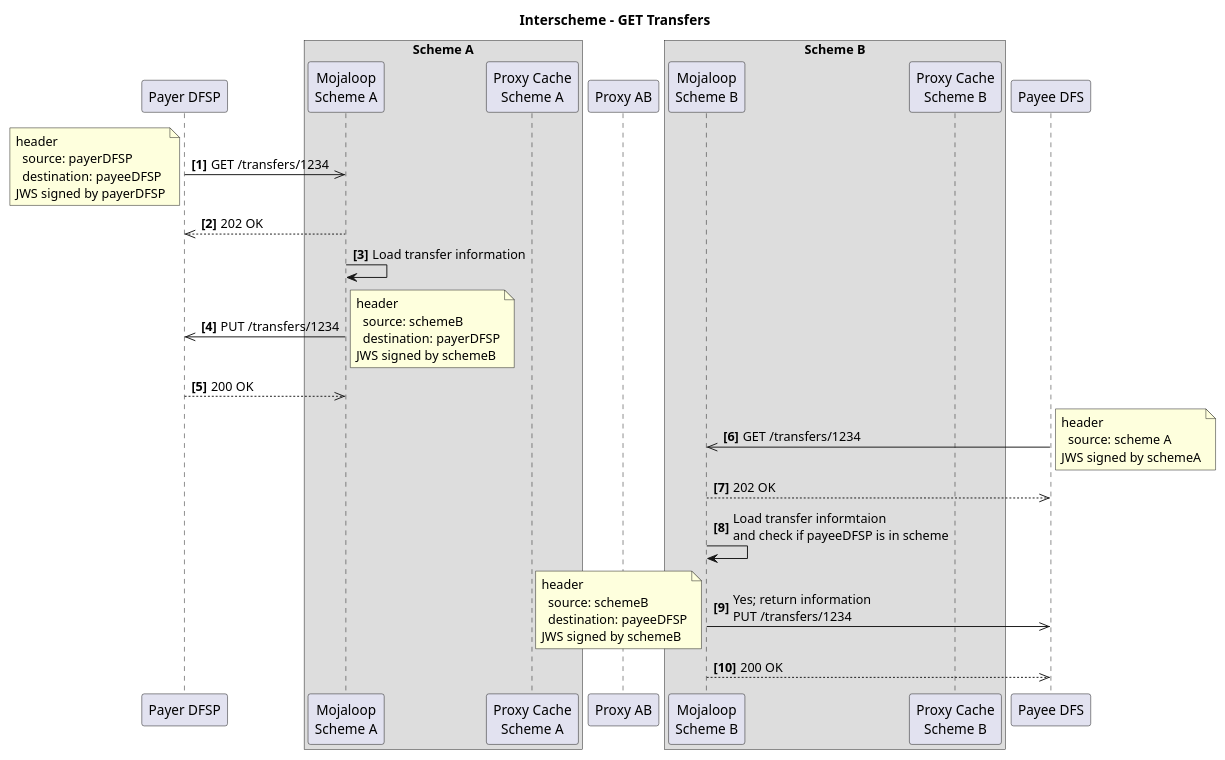
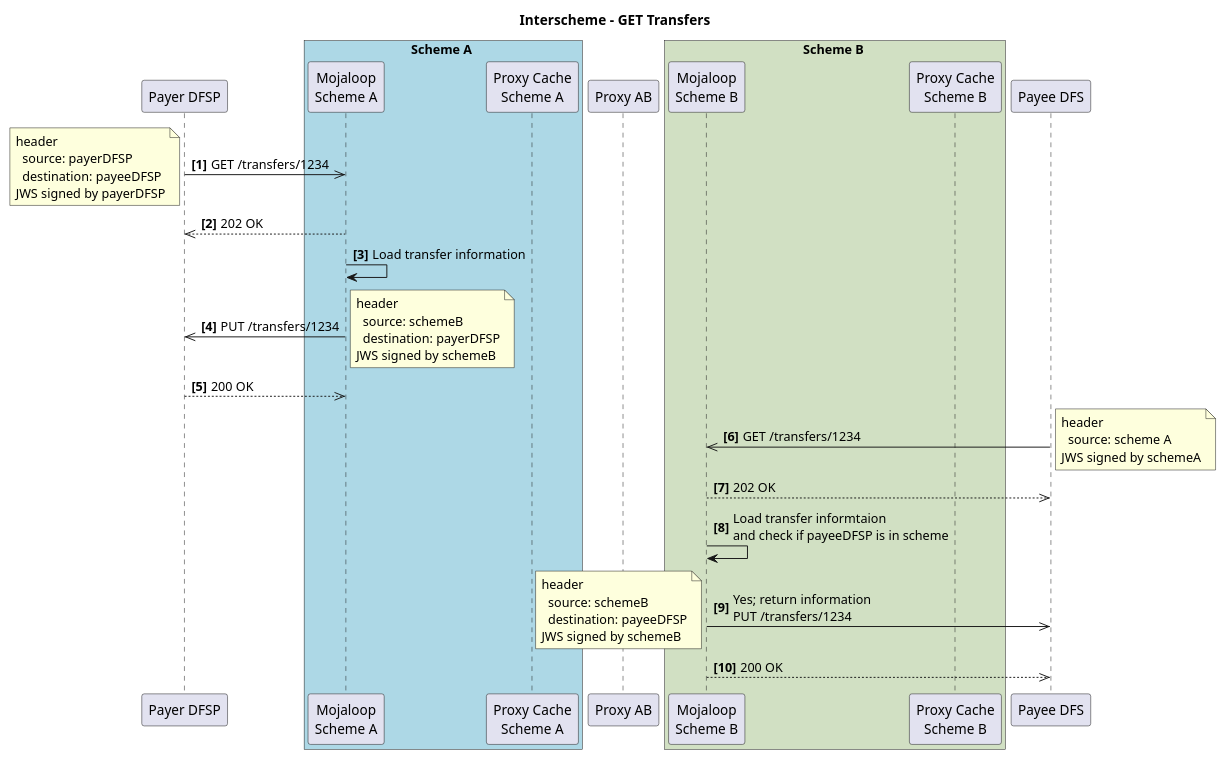
One commit to mojaloop/documentation changed the diagram in docs/product/features/Interscheme/Interscheme - GET Transfer.plantuml. Above: the diagram before and after it, drawn with PlantUML. The commit also changed 14 other files, not shown here.

Commit message:
feat: Updated interscheme diagrams

```diff
--- a/docs/product/features/Interscheme/Interscheme - GET Transfer.plantuml
+++ b/docs/product/features/Interscheme/Interscheme - GET Transfer.plantuml
@@ -1,57 +1,57 @@
-@startuml
+@startuml Interscheme - GET Transfer
 
 title Interscheme - GET Transfers
 
 participant "Payer DFSP" as payerDFSP
-box Scheme A
+box Scheme A #LightBlue
   participant "Mojaloop\nScheme A" as schemeA
   participant "Proxy Cache\nScheme A" as pc_A
 end box
 participant "Proxy AB" as xnp
-box Scheme B
+box Scheme B #d1e0c3
   participant "Mojaloop\nScheme B" as schemeB
   participant "Proxy Cache\nScheme B" as pc_B
 end box
 participant "Payee DFS" as payeeDFSP
 
 autonumber 1 "<b>[0]"
 
 payerDFSP ->> schemeA: GET /transfers/1234
 note left
 header 
   source: payerDFSP
   destination: payeeDFSP
 JWS signed by payerDFSP
 end note
 schemeA -->> payerDFSP: 202 OK
 schemeA -> schemeA: Load transfer information
 
 
 schemeA->>payerDFSP: PUT /transfers/1234
 note right
 header 
   source: schemeB
   destination: payerDFSP
 JWS signed by schemeB
 end note
 payerDFSP -->> schemeA: 200 OK
 
 payeeDFSP->>schemeB: GET /transfers/1234
 note right
 header 
   source: scheme A
 JWS signed by schemeA
 end note
 schemeB -->> payeeDFSP: 202 OK
 schemeB -> schemeB: Load transfer informtaion\nand check if payeeDFSP is in scheme
 schemeB->>payeeDFSP: Yes; return information\nPUT /transfers/1234
 note left
 header 
   source: schemeB
   destination: payeeDFSP
 JWS signed by schemeB
 end note
 schemeB -->> payeeDFSP: 200 OK
 
 
 @enduml
```
